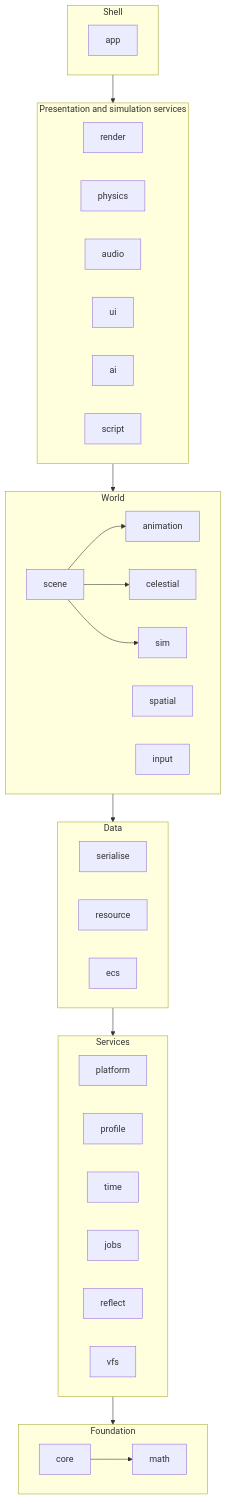
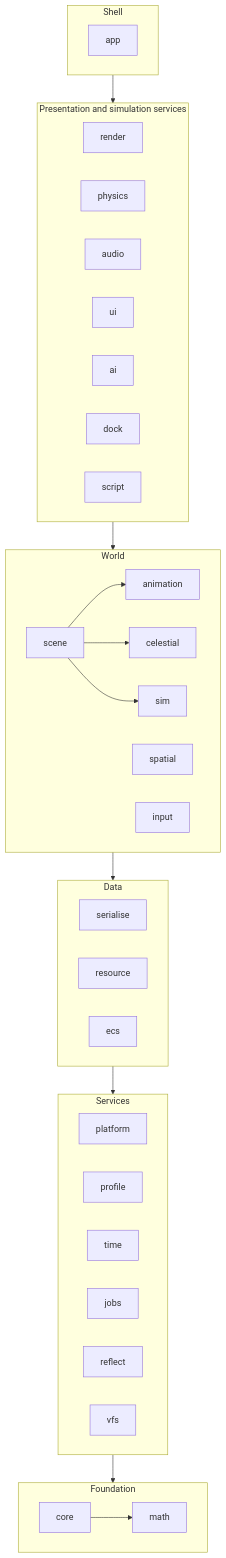
The diagram in docs/architecture.md (ivanhawkes/jettison), drawn with Mermaid before and after one commit. The commit also changed other lines of this file and 61 other files, not shown here.

````diff
--- a/docs/architecture.md
+++ b/docs/architecture.md
@@ -111,29 +112,29 @@
 ```mermaid
 flowchart TB
     subgraph T0[Foundation]
         core --> math
     end
     subgraph T1[Services]
         platform; profile; time; jobs; reflect; vfs
     end
     subgraph T2[Data]
         serialise; resource; ecs
     end
     subgraph T3[World]
         scene --> animation
         scene --> celestial
         scene --> sim
         sim; spatial; input
     end
     subgraph T4[Presentation and simulation services]
-        render; physics; audio; ui; ai; script
+        render; physics; audio; ui; ai; dock; script
     end
     subgraph T5[Shell]
         app
     end
     T1 --> T0
     T2 --> T1
     T3 --> T2
     T4 --> T3
     T5 --> T4
 ```
````
